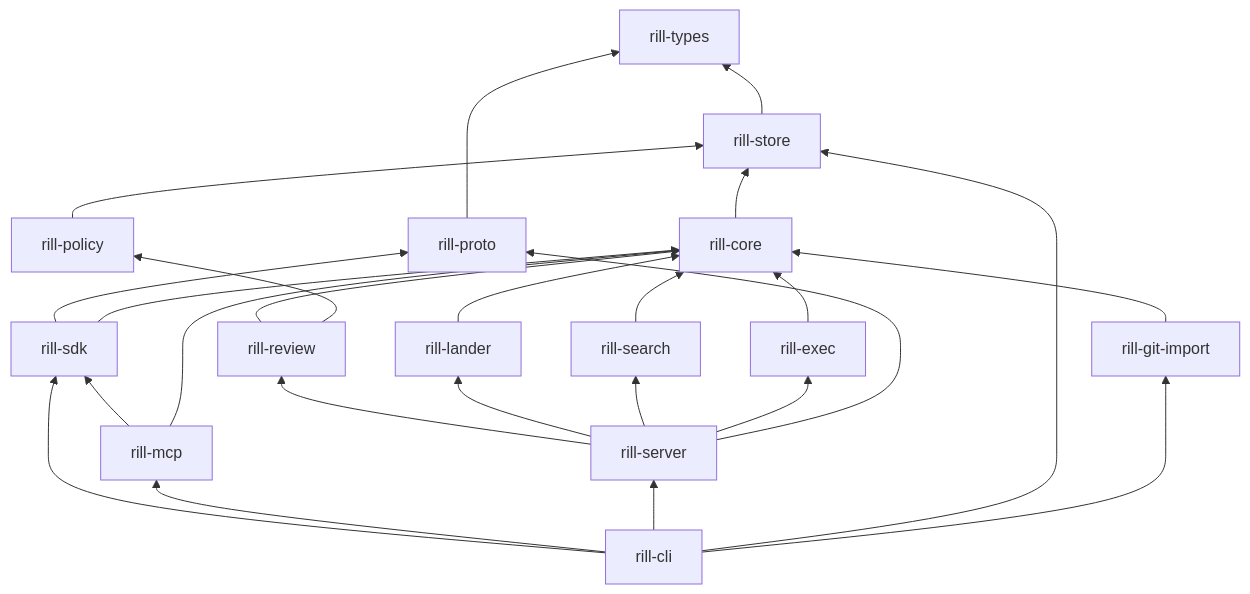
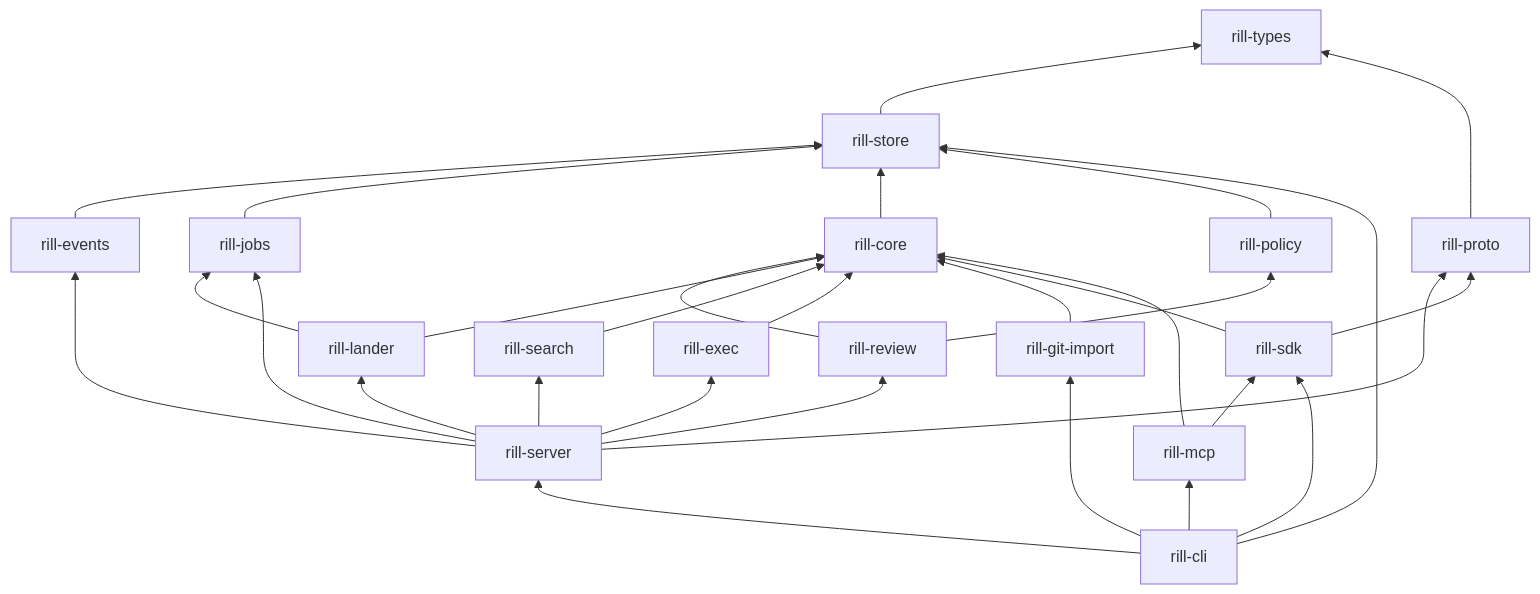
Before and after one commit to envoy1084/rill: the diagram in architecture/01-overview/crates-and-layering.md, drawn with Mermaid. The commit also changed other lines of this file and 16 other files, not shown here.

````diff
--- a/architecture/01-overview/crates-and-layering.md
+++ b/architecture/01-overview/crates-and-layering.md
@@ -37,17 +39,19 @@
 ```mermaid
 flowchart BT
   types[rill-types]
   store[rill-store] --> types
+  events[rill-events] --> store
+  jobs[rill-jobs] --> store
   core[rill-core] --> store
   policy[rill-policy] --> store
   review[rill-review] --> core & policy
-  lander[rill-lander] --> core
+  lander[rill-lander] --> core & jobs
   search[rill-search] --> core
   exec[rill-exec] --> core
   import[rill-git-import] --> core
   proto[rill-proto] --> types
-  server[rill-server] --> review & lander & search & exec & proto
+  server[rill-server] --> review & lander & search & exec & proto & events & jobs
   sdk[rill-sdk] --> proto & core
   mcp[rill-mcp] --> sdk & core
   cli[rill-cli] --> sdk & mcp & server & store & import
 ```
````
